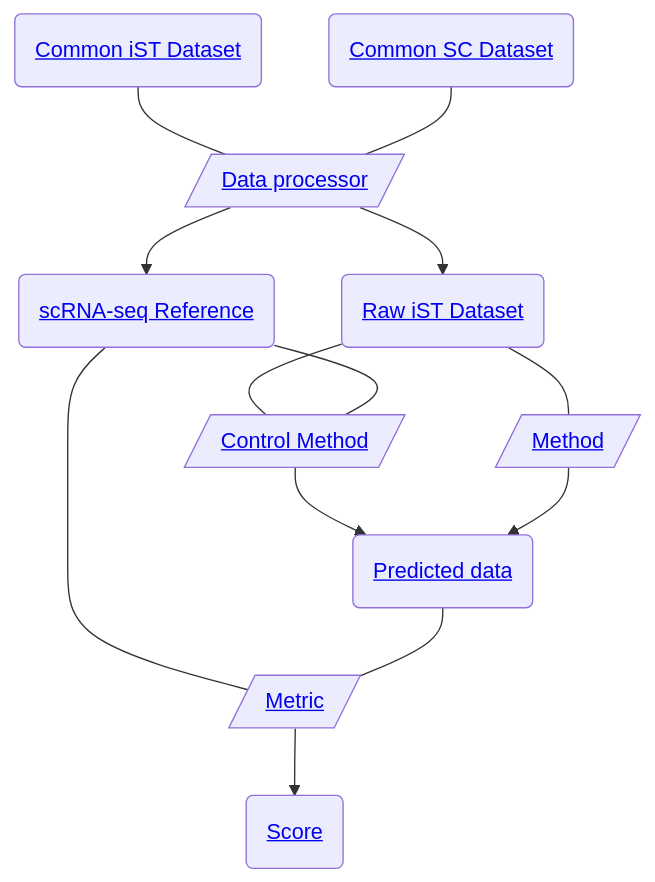
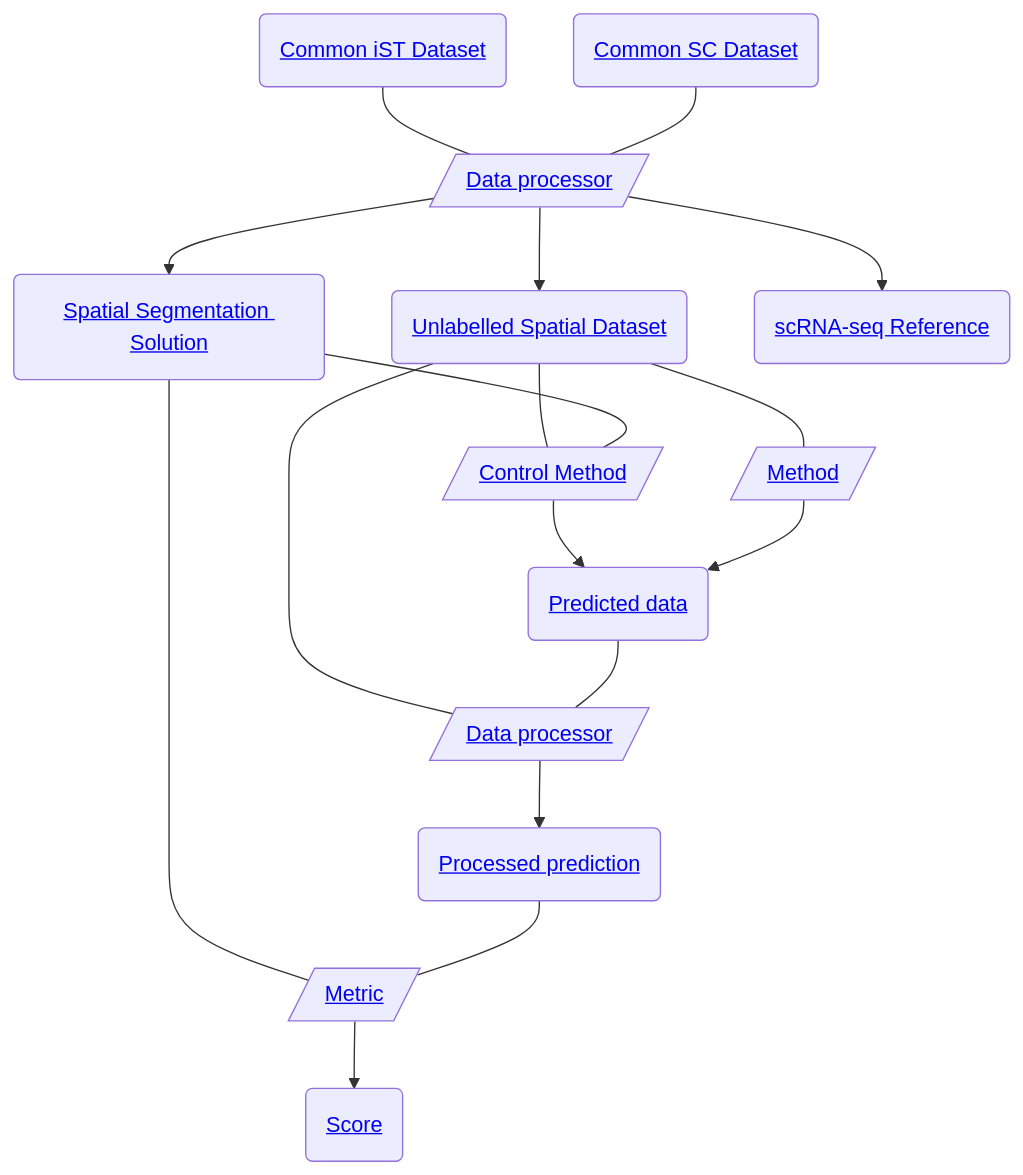
The diagram in README.md (openproblems-bio/task_spatial_segmentation), drawn with Mermaid before and after one commit. The commit also changed other lines of this file, not shown here.

````diff
--- a/README.md
+++ b/README.md
@@ -37,25 +37,32 @@
 ``` mermaid
 flowchart TB
   file_common_ist("<a href='https://github.com/openproblems-bio/task_spatial_segmentation#file-format-common-ist-dataset'>Common iST Dataset</a>")
   comp_data_processor[/"<a href='https://github.com/openproblems-bio/task_spatial_segmentation#component-type-data-processor'>Data processor</a>"/]
-  file_spatial_dataset("<a href='https://github.com/openproblems-bio/task_spatial_segmentation#file-format-raw-ist-dataset'>Raw iST Dataset</a>")
+  file_spatial_unlabelled("<a href='https://github.com/openproblems-bio/task_spatial_segmentation#file-format-unlabelled-spatial-dataset'>Unlabelled Spatial Dataset</a>")
+  file_spatial_solution("<a href='https://github.com/openproblems-bio/task_spatial_segmentation#file-format-spatial-segmentation-solution'>Spatial Segmentation Solution</a>")
   file_scrnaseq_reference("<a href='https://github.com/openproblems-bio/task_spatial_segmentation#file-format-scrna-seq-reference'>scRNA-seq Reference</a>")
   comp_control_method[/"<a href='https://github.com/openproblems-bio/task_spatial_segmentation#component-type-control-method'>Control Method</a>"/]
   comp_method[/"<a href='https://github.com/openproblems-bio/task_spatial_segmentation#component-type-method'>Method</a>"/]
+  comp_output_processor[/"<a href='https://github.com/openproblems-bio/task_spatial_segmentation#component-type-data-processor'>Data processor</a>"/]
   comp_metric[/"<a href='https://github.com/openproblems-bio/task_spatial_segmentation#component-type-metric'>Metric</a>"/]
   file_prediction("<a href='https://github.com/openproblems-bio/task_spatial_segmentation#file-format-predicted-data'>Predicted data</a>")
+  file_processed_prediction("<a href='https://github.com/openproblems-bio/task_spatial_segmentation#file-format-processed-prediction'>Processed prediction</a>")
   file_score("<a href='https://github.com/openproblems-bio/task_spatial_segmentation#file-format-score'>Score</a>")
   file_common_scrnaseq("<a href='https://github.com/openproblems-bio/task_spatial_segmentation#file-format-common-sc-dataset'>Common SC Dataset</a>")
   file_common_ist---comp_data_processor
-  comp_data_processor-->file_spatial_dataset
+  comp_data_processor-->file_spatial_unlabelled
+  comp_data_processor-->file_spatial_solution
   comp_data_processor-->file_scrnaseq_reference
-  file_spatial_dataset---comp_control_method
-  file_spatial_dataset---comp_method
-  file_scrnaseq_reference---comp_control_method
-  file_scrnaseq_reference---comp_metric
+  file_spatial_unlabelled---comp_control_method
+  file_spatial_unlabelled---comp_method
+  file_spatial_unlabelled---comp_output_processor
+  file_spatial_solution---comp_control_method
+  file_spatial_solution---comp_metric
   comp_control_method-->file_prediction
   comp_method-->file_prediction
+  comp_output_processor-->file_processed_prediction
   comp_metric-->file_score
-  file_prediction---comp_metric
+  file_prediction---comp_output_processor
+  file_processed_prediction---comp_metric
   file_common_scrnaseq---comp_data_processor
 ```
````
